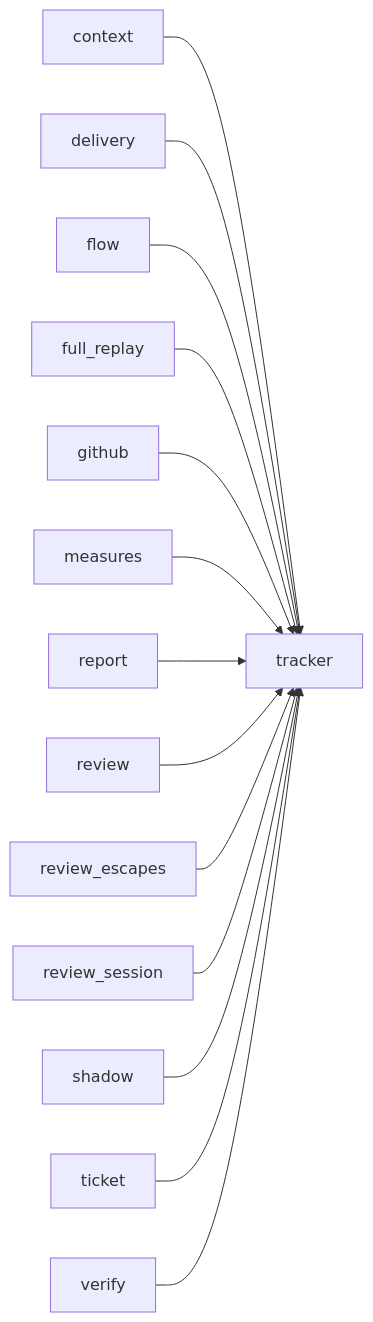
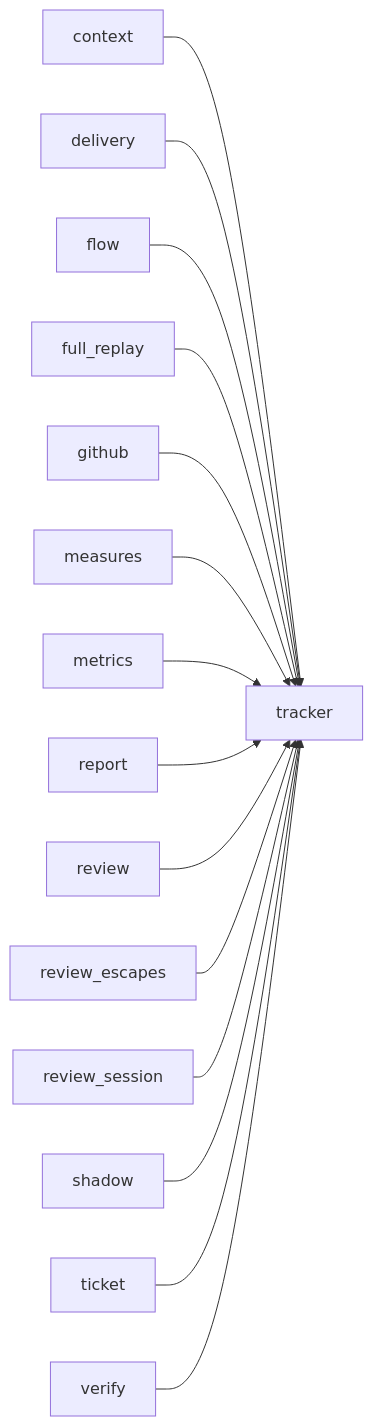
The third of 3 diagrams in docs/architecture/modules/tracker.md (plaplanche/ariane), drawn with Mermaid before and after one commit. The commit also changed other lines of this file and 19 other files, not shown here.

````diff
--- a/docs/architecture/modules/tracker.md
+++ b/docs/architecture/modules/tracker.md
@@ -109,16 +109,17 @@
 ```mermaid
 flowchart LR
   context --> tracker
   delivery --> tracker
   flow --> tracker
   full_replay --> tracker
   github --> tracker
   measures --> tracker
+  metrics --> tracker
   report --> tracker
   review --> tracker
   review_escapes --> tracker
   review_session --> tracker
   shadow --> tracker
   ticket --> tracker
   verify --> tracker
 ```
````
